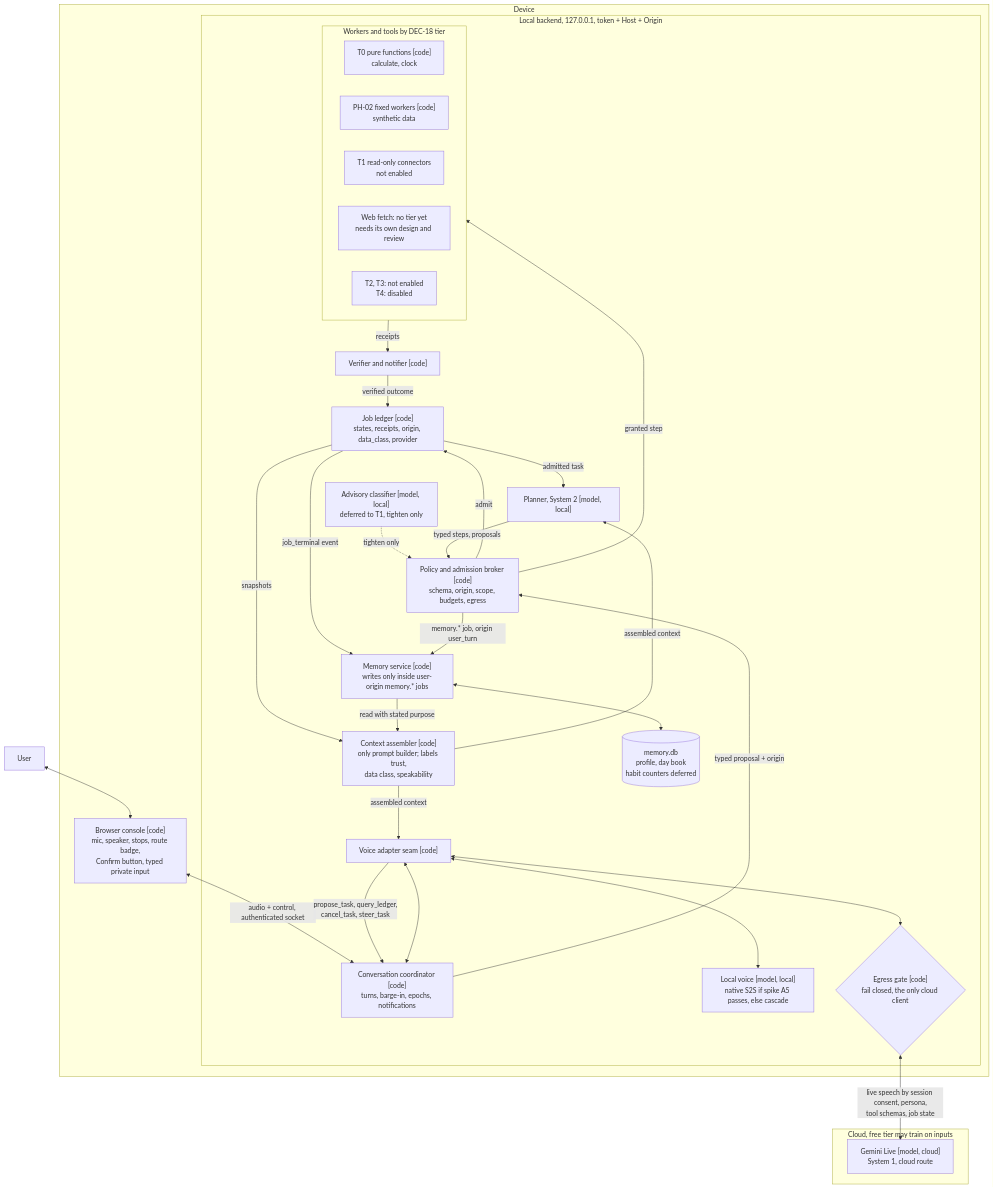
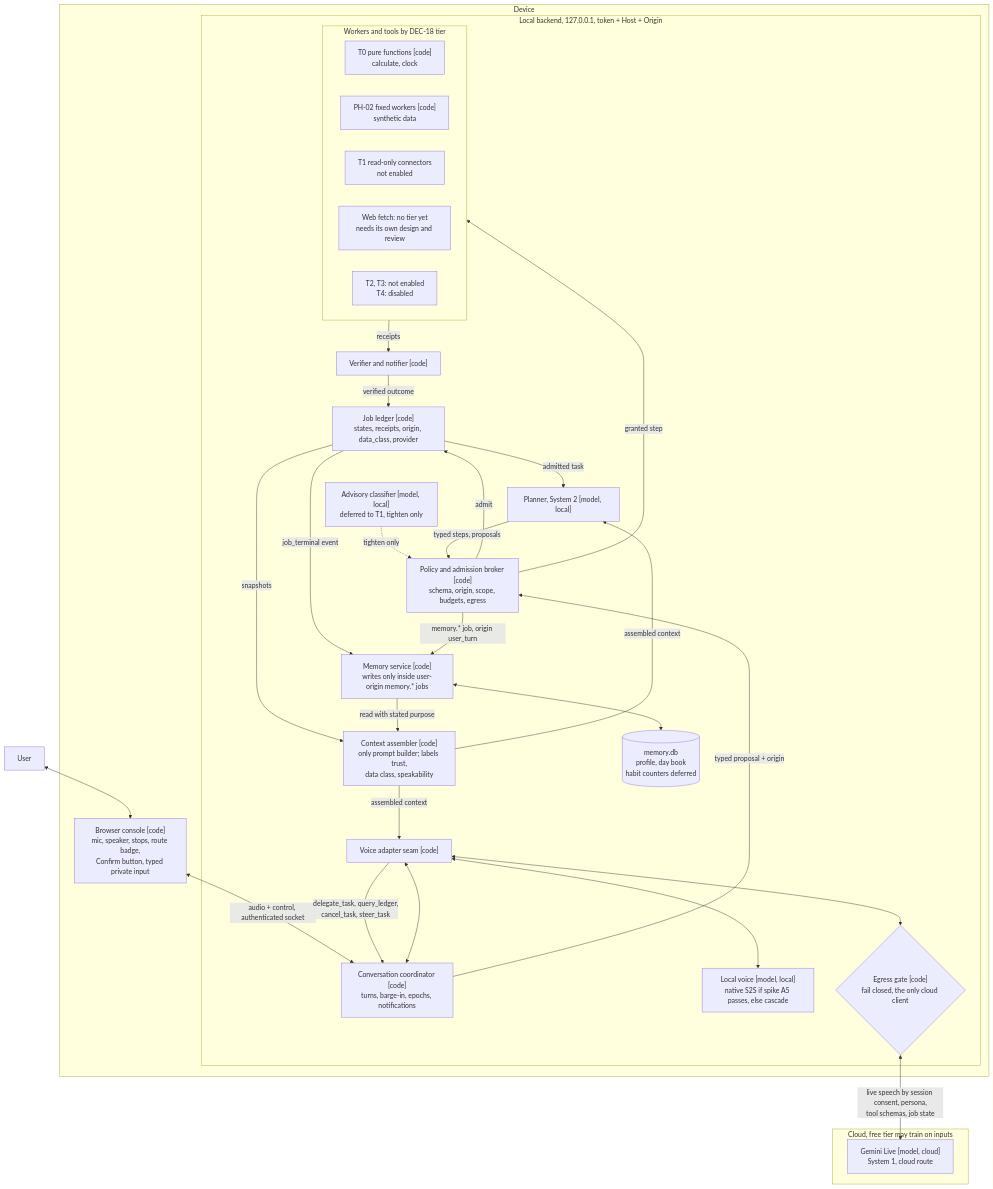
The second of 2 diagrams in docs/future/architecture-target.md (abhishek3059/super-agent), drawn with Mermaid before and after one commit. The commit also changed other lines of this file and 9 other files, not shown here.

````diff
--- a/docs/future/architecture-target.md
+++ b/docs/future/architecture-target.md
@@ -23,54 +23,54 @@
 ```mermaid
 flowchart TB
   U["User"]
   subgraph DEV["Device"]
     UI["Browser console [code]<br/>mic, speaker, stops, route badge,<br/>Confirm button, typed private input"]
     subgraph BE["Local backend, 127.0.0.1, token + Host + Origin"]
       COORD["Conversation coordinator [code]<br/>turns, barge-in, epochs, notifications"]
       SEAM["Voice adapter seam [code]"]
       LV["Local voice [model, local]<br/>native S2S if spike A5 passes, else cascade"]
       CA["Context assembler [code]<br/>only prompt builder; labels trust,<br/>data class, speakability"]
       CLS["Advisory classifier [model, local]<br/>deferred to T1, tighten only"]
       BR["Policy and admission broker [code]<br/>schema, origin, scope, budgets, egress"]
       LG["Job ledger [code]<br/>states, receipts, origin, data_class, provider"]
       PL["Planner, System 2 [model, local]"]
       VF["Verifier and notifier [code]"]
       MS["Memory service [code]<br/>writes only inside user-origin memory.* jobs"]
       DB[("memory.db<br/>profile, day book<br/>habit counters deferred")]
       EG{"Egress gate [code]<br/>fail closed, the only cloud client"}
       subgraph WK["Workers and tools by DEC-18 tier"]
         T0["T0 pure functions [code]<br/>calculate, clock"]
         FW["PH-02 fixed workers [code]<br/>synthetic data"]
         T1["T1 read-only connectors<br/>not enabled"]
         WEB["Web fetch: no tier yet<br/>needs its own design and review"]
         T23["T2, T3: not enabled<br/>T4: disabled"]
       end
     end
   end
   subgraph CLOUD["Cloud, free tier may train on inputs"]
     GL["Gemini Live [model, cloud]<br/>System 1, cloud route"]
   end
 
   U <--> UI
   UI <-->|"audio + control, authenticated socket"| COORD
   COORD <--> SEAM
   SEAM <--> LV
   SEAM <--> EG
   EG <-->|"live speech by session consent, persona,<br/>tool schemas, job state"| GL
   CA -->|"assembled context"| SEAM
   CA -->|"assembled context"| PL
-  SEAM -->|"propose_task, query_ledger,<br/>cancel_task, steer_task"| COORD
+  SEAM -->|"delegate_task, query_ledger,<br/>cancel_task, steer_task"| COORD
   COORD -->|"typed proposal + origin"| BR
   CLS -.->|"tighten only"| BR
   BR -->|"admit"| LG
   LG -->|"admitted task"| PL
   PL -->|"typed steps, proposals"| BR
   BR -->|"granted step"| WK
   WK -->|"receipts"| VF
   VF -->|"verified outcome"| LG
   LG -->|"snapshots"| CA
   LG -->|"job_terminal event"| MS
   BR -->|"memory.* job, origin user_turn"| MS
   MS <--> DB
   MS -->|"read with stated purpose"| CA
 ```
````
